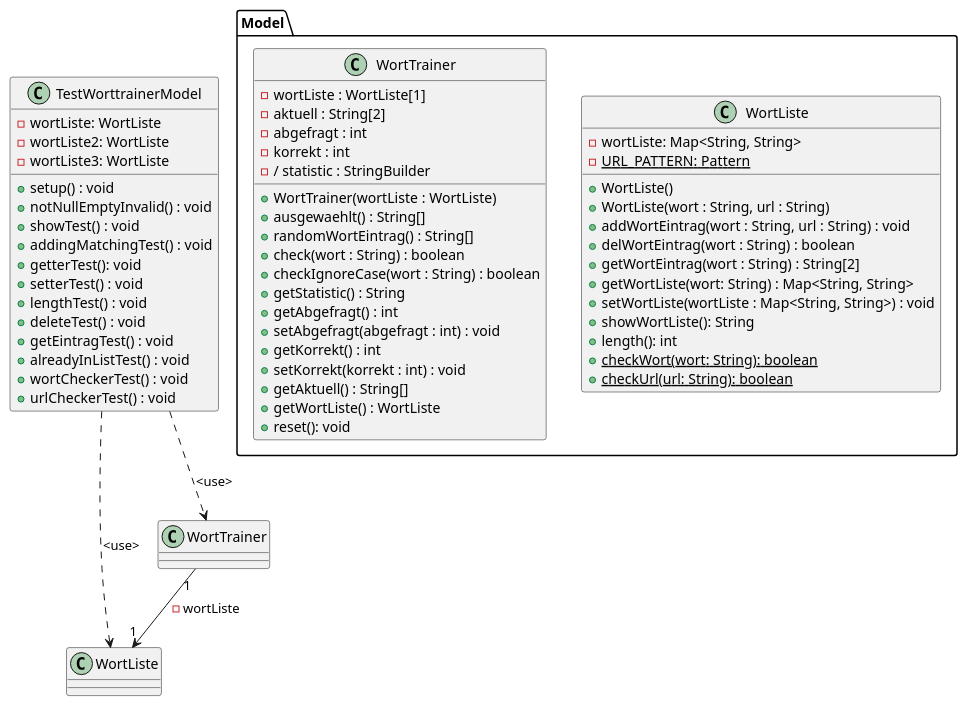
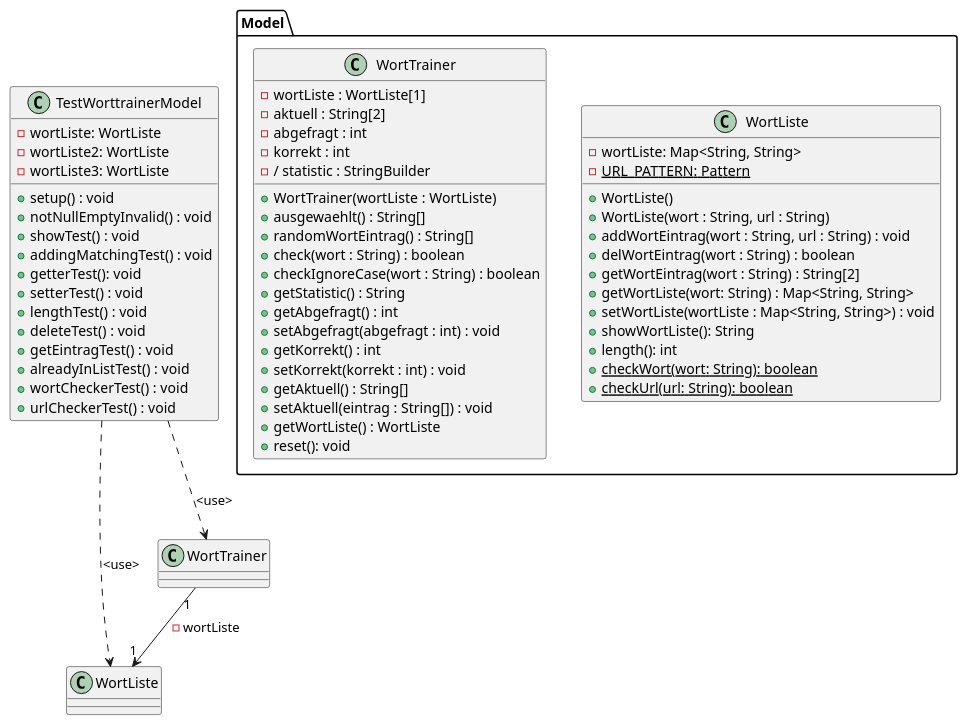
Before and after one commit to TGM-HIT/sew9-2425-worttrainer-Batscho: the diagram in src/main/resources/Worttrainer Reloaded.puml, drawn with PlantUML. The commit also changed 1 other file, not shown here.

Commit message:
[GK] Worttrainer Reloaded Commit 33: Für Testzwecke wurde noch eine Methode setAktuell im UML hinzugefügt.

```diff
--- a/src/main/resources/Worttrainer Reloaded.puml
+++ b/src/main/resources/Worttrainer Reloaded.puml
@@ -1,66 +1,67 @@
 @startuml
 'https://plantuml.com/class-diagram
 
 TestWorttrainerModel ..> WortListe : <use>
 TestWorttrainerModel ..> WortTrainer : <use>
 WortTrainer "1" --> "1" WortListe : - wortListe
 
 package Model {
 class WortListe {
 - wortListe: Map<String, String>
 - {static} URL_PATTERN: Pattern
 + WortListe()
 + WortListe(wort : String, url : String)
 + addWortEintrag(wort : String, url : String) : void
 + delWortEintrag(wort : String) : boolean
 + getWortEintrag(wort : String) : String[2]
 + getWortListe(wort: String) : Map<String, String>
 + setWortListe(wortListe : Map<String, String>) : void
 + showWortListe(): String
 + length(): int
 + {static} checkWort(wort: String): boolean
 + {static} checkUrl(url: String): boolean
 }
 
 class WortTrainer {
 - wortListe : WortListe[1]
 - aktuell : String[2]
 - abgefragt : int
 - korrekt : int
 - / statistic : StringBuilder
 + WortTrainer(wortListe : WortListe)
 + ausgewaehlt() : String[]
 + randomWortEintrag() : String[]
 + check(wort : String) : boolean
 + checkIgnoreCase(wort : String) : boolean
 + getStatistic() : String
 + getAbgefragt() : int
 + setAbgefragt(abgefragt : int) : void
 + getKorrekt() : int
 + setKorrekt(korrekt : int) : void
 + getAktuell() : String[]
++ setAktuell(eintrag : String[]) : void
 + getWortListe() : WortListe
 + reset(): void
 }
 }
 
 
 class TestWorttrainerModel {
 - wortListe: WortListe
 - wortListe2: WortListe
 - wortListe3: WortListe
 + setup() : void
 + notNullEmptyInvalid() : void
 + showTest() : void
 + addingMatchingTest() : void
 + getterTest(): void
 + setterTest() : void
 + lengthTest() : void
 + deleteTest() : void
 + getEintragTest() : void
 + alreadyInListTest() : void
 + wortCheckerTest() : void
 + urlCheckerTest() : void
 }
 
 @enduml
```
